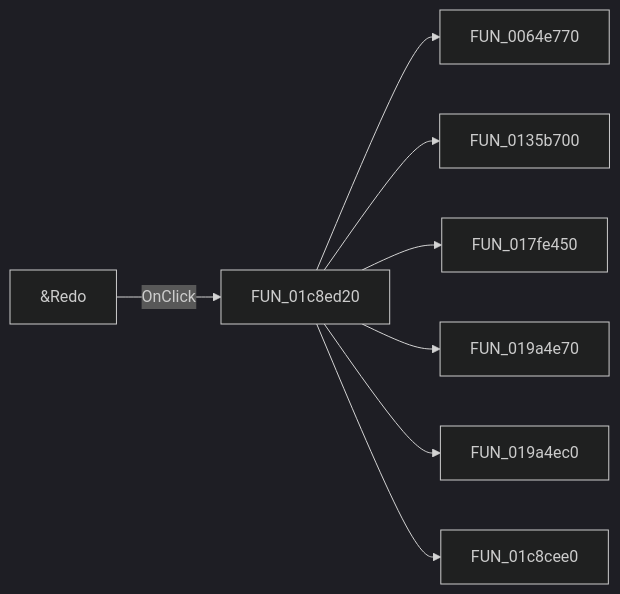
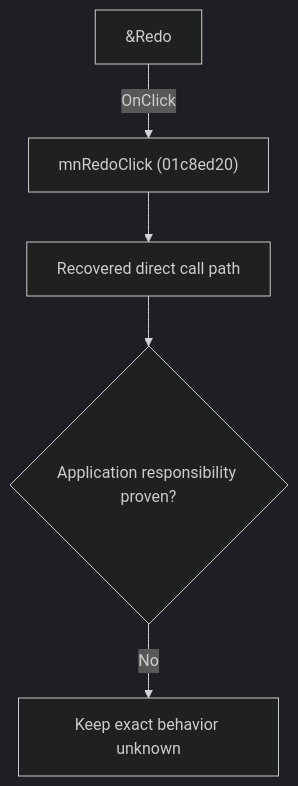
Before and after one commit to MovGP0/TIARA: the diagram in docs/ui-controls/schematiceditor/mnredo-97b5ac8091.md, drawn with Mermaid (dark theme). The commit also changed other lines of this file and 1062 other files, not shown here.

````diff
--- a/docs/ui-controls/schematiceditor/mnredo-97b5ac8091.md
+++ b/docs/ui-controls/schematiceditor/mnredo-97b5ac8091.md
@@ -27,10 +27,7 @@
 ```mermaid
-flowchart LR
-    control["&Redo"] -->|OnClick| handler["FUN_01c8ed20"]
-    handler --> call1["FUN_0064e770"]
-    handler --> call2["FUN_0135b700"]
-    handler --> call3["FUN_017fe450"]
-    handler --> call4["FUN_019a4e70"]
-    handler --> call5["FUN_019a4ec0"]
-    handler --> call6["FUN_01c8cee0"]
+flowchart TD
+    control["&Redo"] -->|"OnClick"| handler["mnRedoClick (01c8ed20)"]
+    handler --> recovered["Recovered direct call path"]
+    recovered --> gap{"Application responsibility proven?"}
+    gap -->|"No"| blocked["Keep exact behavior unknown"]
 ```
````
